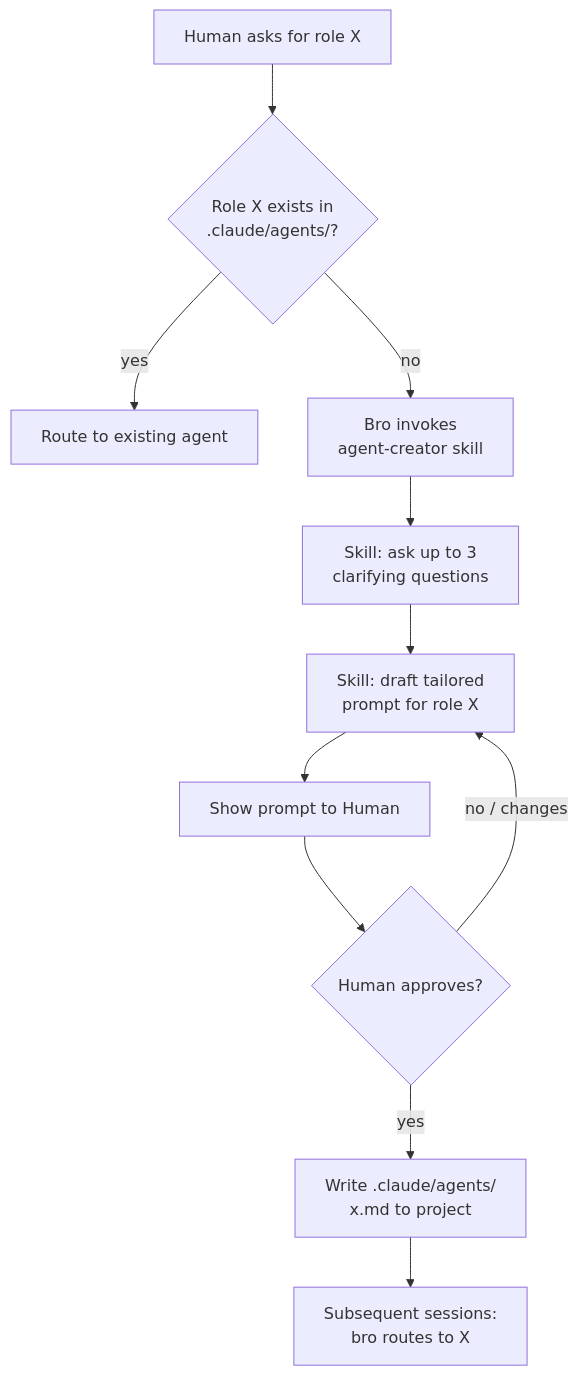
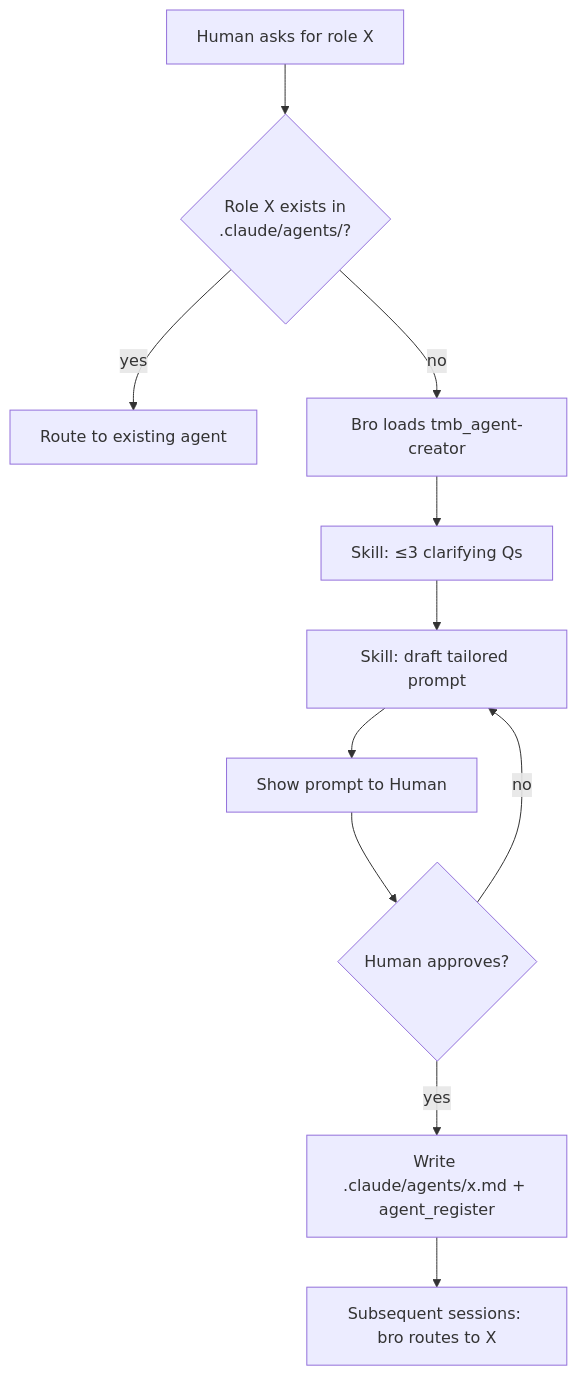
The third of 4 diagrams in docs/architecture/FLOWS.md (trustmybot/plugin), drawn with Mermaid before and after one commit. The commit also changed other lines of this file and 1051 other files, not shown here.

````diff
--- a/docs/architecture/FLOWS.md
+++ b/docs/architecture/FLOWS.md
@@ -209,13 +133,13 @@
 ```mermaid
 flowchart TD
     A[Human asks for role X] --> B{Role X exists in<br/>.claude/agents/?}
     B -->|yes| C[Route to existing agent]
-    B -->|no| D[Bro invokes<br/>agent-creator skill]
-    D --> E[Skill: ask up to 3<br/>clarifying questions]
-    E --> F[Skill: draft tailored<br/>prompt for role X]
+    B -->|no| D[Bro loads tmb_agent-creator]
+    D --> E[Skill: ≤3 clarifying Qs]
+    E --> F[Skill: draft tailored prompt]
     F --> G[Show prompt to Human]
     G --> H{Human approves?}
-    H -->|no / changes| F
-    H -->|yes| I[Write .claude/agents/<br/>x.md to project]
-    I --> J[Subsequent sessions:<br/>bro routes to X]
+    H -->|no| F
+    H -->|yes| I[Write .claude/agents/x.md + agent_register]
+    I --> J[Subsequent sessions: bro routes to X]
 ```
````
